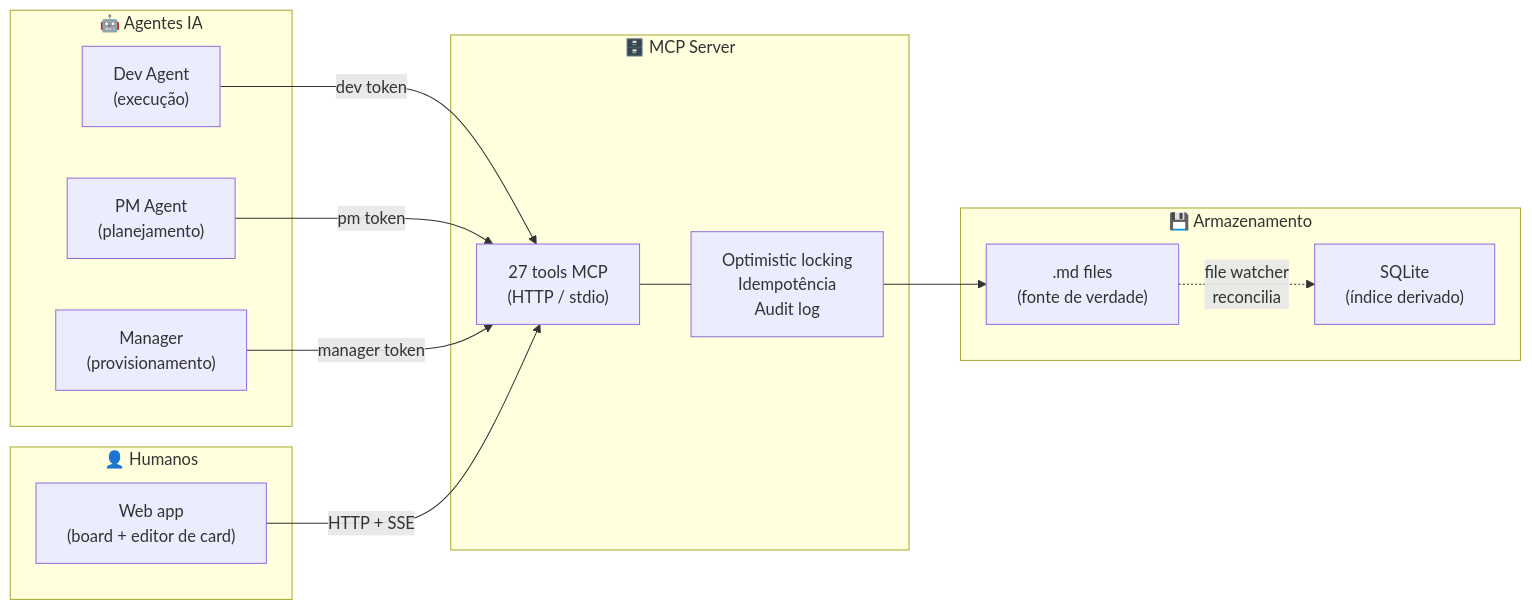
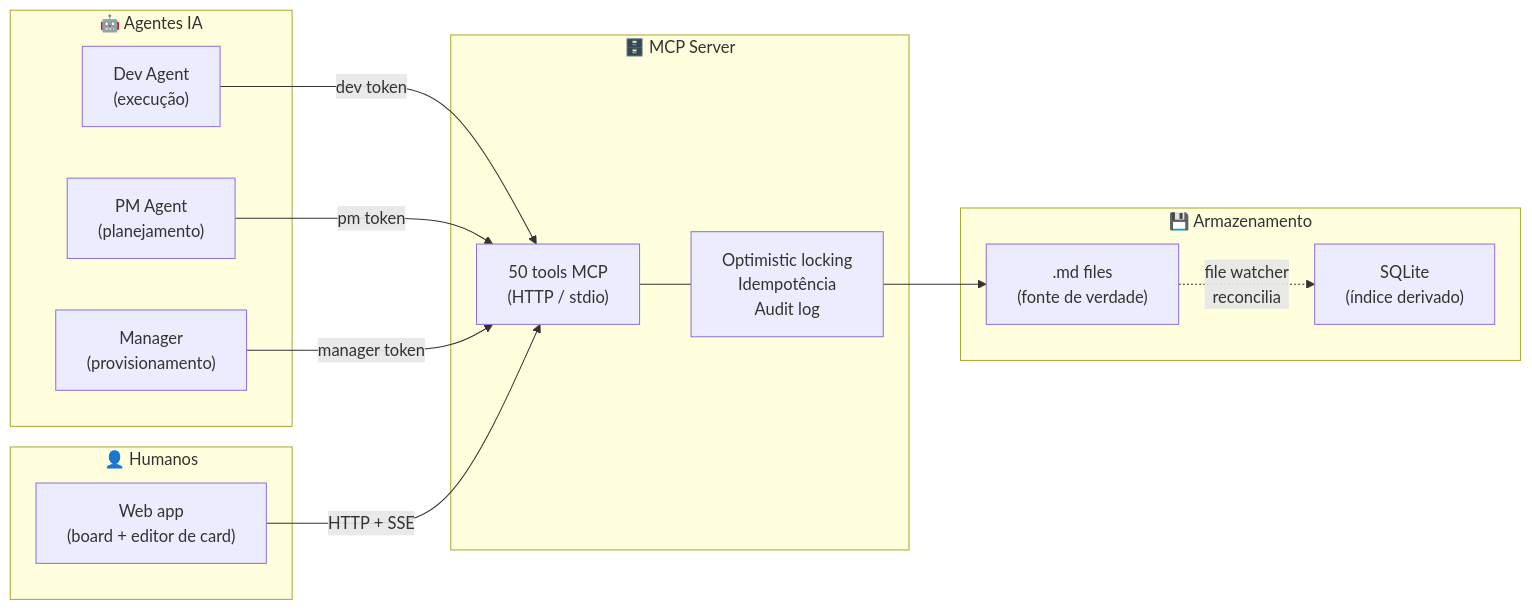
The diagram in README.md (kauelopes/obsidianban), drawn with Mermaid before and after one commit. The commit also changed other lines of this file and 8 other files, not shown here.

````diff
--- a/README.md
+++ b/README.md
@@ -13,30 +13,30 @@
 ```mermaid
 flowchart LR
     subgraph Agents["🤖 Agentes IA"]
         DEV["Dev Agent\n(execução)"]
         PM["PM Agent\n(planejamento)"]
         MGR["Manager\n(provisionamento)"]
     end
 
     subgraph Humans["👤 Humanos"]
         WEB["Web app\n(board + editor de card)"]
     end
 
     subgraph Server["🗄️ MCP Server"]
-        MCP["27 tools MCP\n(HTTP / stdio)"]
+        MCP["50 tools MCP\n(HTTP / stdio)"]
         LOCK["Optimistic locking\nIdempotência\nAudit log"]
     end
 
     subgraph Storage["💾 Armazenamento"]
         MD[".md files\n(fonte de verdade)"]
         DB["SQLite\n(índice derivado)"]
     end
 
     DEV -->|"dev token"| MCP
     PM -->|"pm token"| MCP
     MGR -->|"manager token"| MCP
     WEB -->|"HTTP + SSE"| MCP
     MCP --- LOCK
     LOCK --> MD
     MD -.->|"file watcher\nreconcilia"| DB
 ```
````
